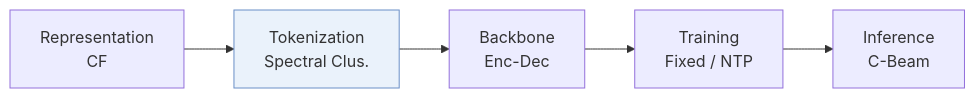
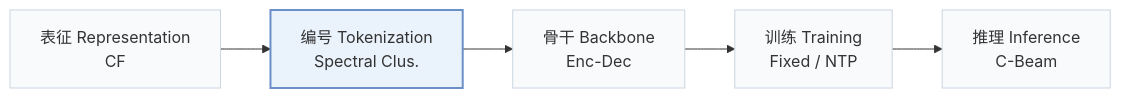
Before and after one commit to Galaxy-ghost/Awesome-SID-Generative-Rec: the first of 2 diagrams in pages/zh/papers/cid.md, drawn with Mermaid. The commit also changed other lines of this file and 649 other files, not shown here.

Commit message:
writer-05: also tags and modality index (schema, check, build, visuals); summary field removed; calibration data for 12 papers

````diff
--- a/pages/zh/papers/cid.md
+++ b/pages/zh/papers/cid.md
@@ -13,6 +15,8 @@
 ```mermaid
 flowchart LR
-    R["Representation<br/>CF"] --> T["Tokenization<br/>Spectral Clus."] --> B["Backbone<br/>Enc-Dec"] --> TR["Training<br/>Fixed / NTP"] --> I["Inference<br/>C-Beam"]
-    classDef main fill:#eaf2fb,stroke:#6b8fc7
+    R["表征 Representation<br/>CF"] --> T["编号 Tokenization<br/>Spectral Clus."] --> B["骨干 Backbone<br/>Enc-Dec"] --> TR["训练 Training<br/>Fixed / NTP"] --> I["推理 Inference<br/>C-Beam"]
+    classDef base fill:#f8fafc,stroke:#cbd5e1
+    class R,T,B,TR,I base
+    classDef main fill:#eaf2fb,stroke:#6b8fc7,stroke-width:2px
     class T main
 ```
````
